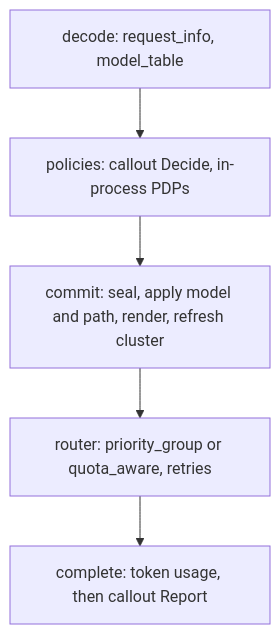
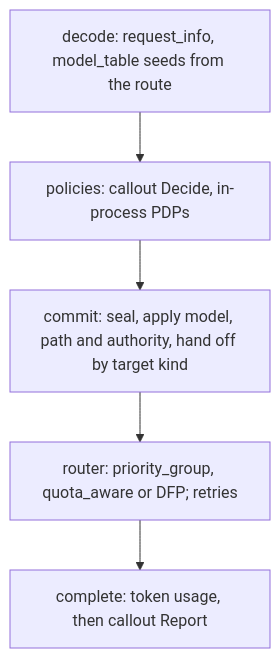
One commit to botengyao/envoy changed the second of 2 diagrams in source/docs/ai_budget_routing.md. Above: the diagram before and after it, drawn with Mermaid. The commit also changed other lines of this file, not shown here.

Commit message:
ai_protocol_manager: move the model list to per-route config

````diff
--- a/source/docs/ai_budget_routing.md
+++ b/source/docs/ai_budget_routing.md
@@ -76,7 +67,7 @@
 ```mermaid
 flowchart TD
-  D[decode: request_info, model_table] --> P[policies: callout Decide, in-process PDPs]
-  P --> CM[commit: seal, apply model and path, render, refresh cluster]
-  CM --> RT[router: priority_group or quota_aware, retries]
+  D[decode: request_info, model_table seeds from the route] --> P[policies: callout Decide, in-process PDPs]
+  P --> CM[commit: seal, apply model, path and authority, hand off by target kind]
+  CM --> RT[router: priority_group, quota_aware or DFP; retries]
   RT --> CP[complete: token usage, then callout Report]
 ```
````
